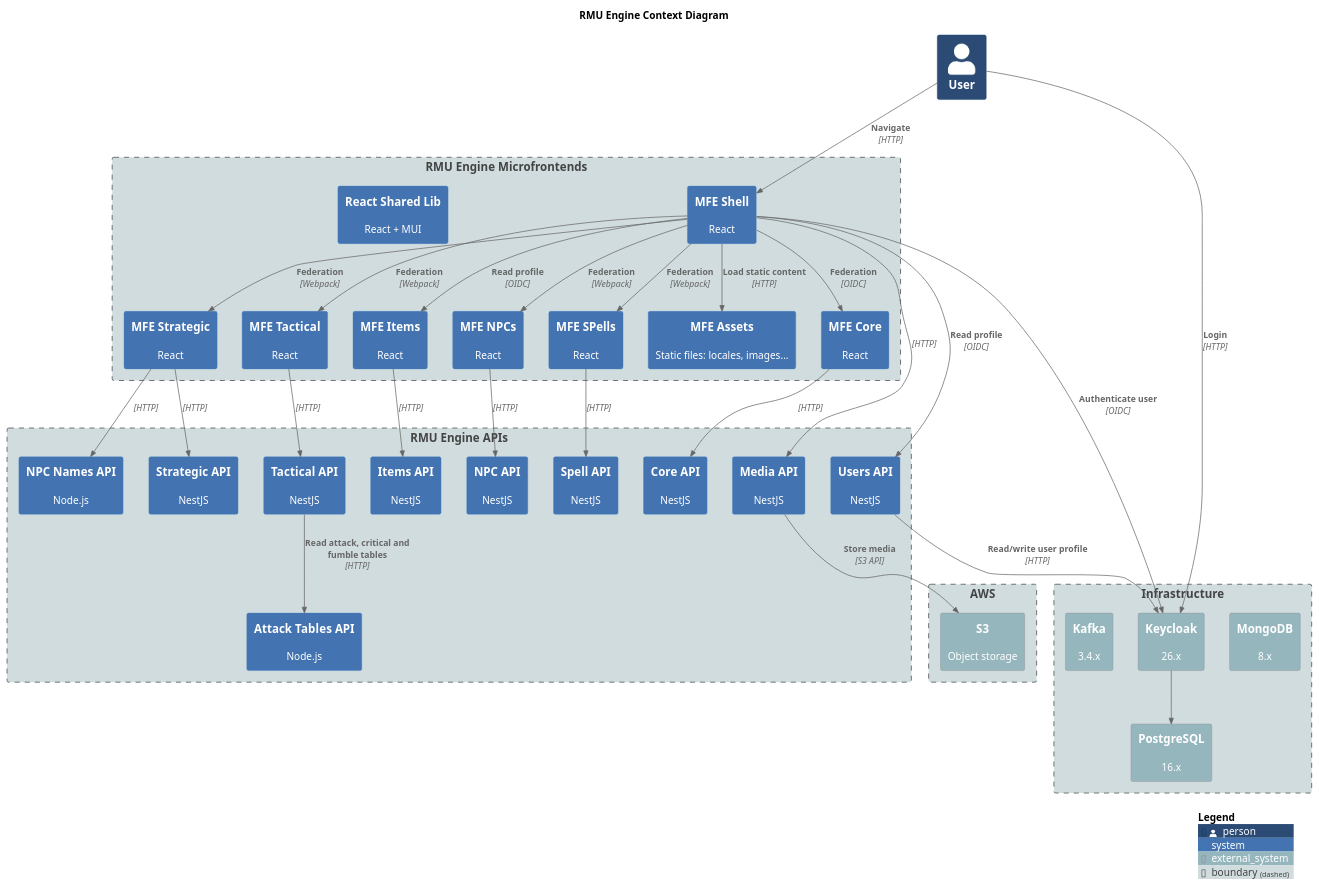
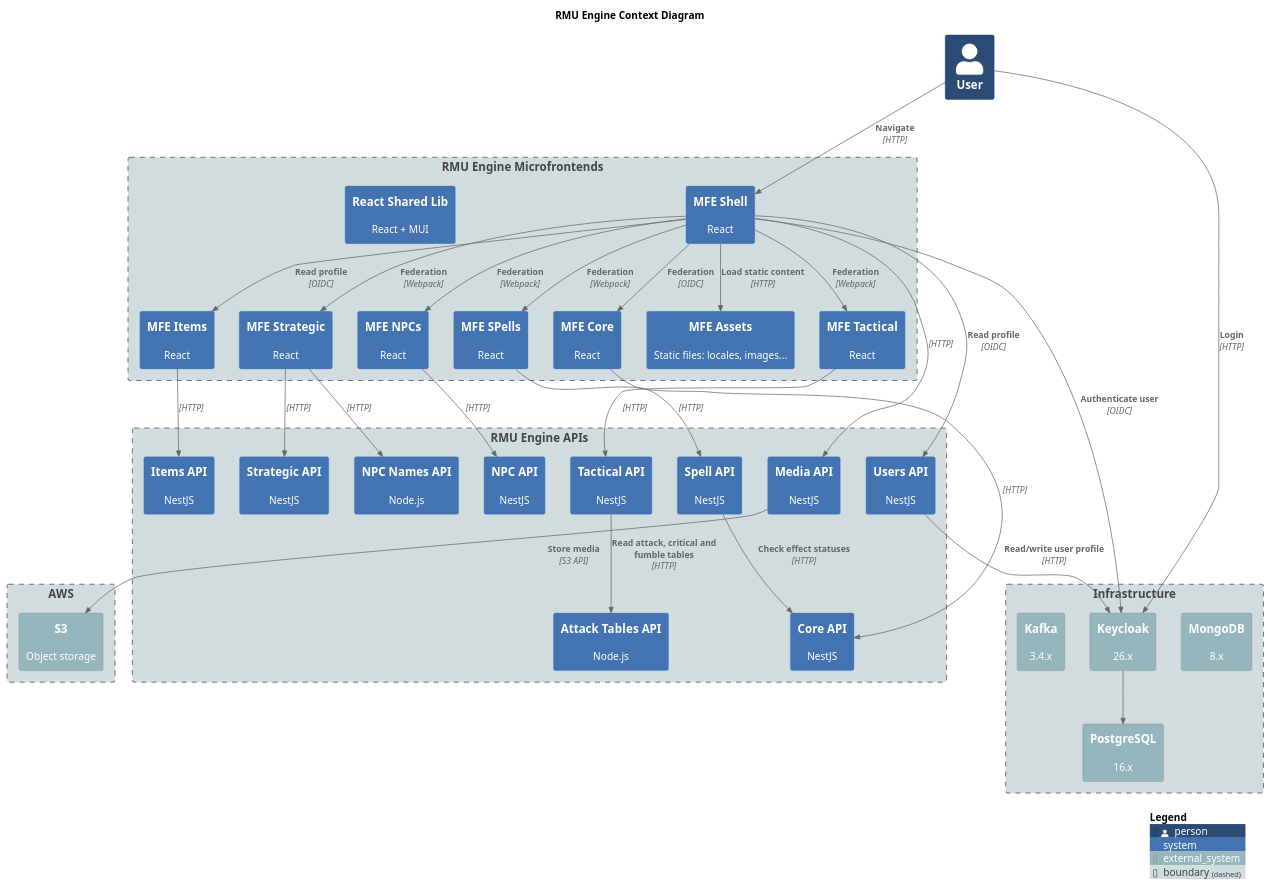
The diagram in docs/architecture/diagrams/c4-context.plantuml (labcabrera/rmu-platform), drawn with PlantUML before and after one commit. The commit also changed 1 other file, not shown here.

Commit message:
feat: give rmu-api-spells the core URI for the effect-types catalog
Spec 028: the spells API checks the statuses of the spell effects against
the effect-types catalog of core.

```diff
--- a/docs/architecture/diagrams/c4-context.plantuml
+++ b/docs/architecture/diagrams/c4-context.plantuml
@@ -1,91 +1,92 @@
 @startuml c4-context
 title RMU Engine Context Diagram
 
 !include https://raw.githubusercontent.com/plantuml-stdlib/C4-PlantUML/master/C4_Context.puml
 
 ' LAYOUT_LEFT_RIGHT()
 
 UpdateElementStyle(person, $bgColor="#2b4a74ff")
 UpdateElementStyle(system, $bgColor="#4373b1ff")
 UpdateElementStyle(external_system, $bgColor="#96b6beff")
 UpdateElementStyle(boundary, $bgColor="#d1dcdfff")
 
 Person(user, "User")
 
 Boundary(frontend, "RMU Engine Microfrontends") {
     System(rmu_mfe_shell, "MFE Shell", "React")
     System(rmu_mfe_core, "MFE Core", "React")
     System(rmu_mfe_strategic, "MFE Strategic", "React")
     System(rmu_mfe_tactical, "MFE Tactical", "React")
     System(rmu_mfe_items, "MFE Items", "React")
     System(rmu_mfe_npc, "MFE NPCs", "React")
     System(rmu_mfe_spells, "MFE SPells", "React")
     System(rmu_react_shared_lib, "React Shared Lib", "React + MUI")
     System(rmu_mfe_assets, "MFE Assets", "Static files: locales, images...")
 }
 
 Boundary(apis, "RMU Engine APIs") {
     System(rmu_api_users, "Users API", "NestJS")
     System(rmu_api_core, "Core API", "NestJS")
     System(rmu_api_strategic, "Strategic API", "NestJS")
     System(rmu_api_tactical, "Tactical API", "NestJS")
     System(rmu_api_npc, "NPC API", "NestJS")
     System(rmu_api_npc_names, "NPC Names API", "Node.js")
     System(rmu_api_spells, "Spell API", "NestJS")
     System(rmu_api_items, "Items API", "NestJS")
     System(rmu_api_attack_tables, "Attack Tables API", "Node.js")
     System(rmu_api_media, "Media API", "NestJS")
 }
 
 Boundary(infrastructure, "Infrastructure") {
     System_Ext(mongodb, "MongoDB", "8.x")
     System_Ext(keycloak, "Keycloak", "26.x")
     System_Ext(kafka, "Kafka", "3.4.x")
     System_Ext(postgresql, "PostgreSQL", "16.x")
 }
 
 Boundary(aws, "AWS") {
     System_Ext(s3, "S3", "Object storage")
 }
 
 Rel(user, rmu_mfe_shell, "Navigate", "HTTP")
 Rel(user, keycloak, "Login", "HTTP")
 
 Rel(rmu_mfe_shell, rmu_mfe_core, "Federation", "OIDC")
 Rel(rmu_mfe_shell, rmu_mfe_strategic, "Federation", "Webpack")
 Rel(rmu_mfe_shell, rmu_mfe_tactical, "Federation", "Webpack")
 Rel(rmu_mfe_shell, rmu_mfe_items, "Read profile", "OIDC")
 Rel(rmu_mfe_shell, rmu_mfe_npc, "Federation", "Webpack")
 Rel(rmu_mfe_shell, rmu_mfe_spells, "Federation", "Webpack")
 
 Rel(rmu_mfe_shell, rmu_api_users, "Read profile", "OIDC")
 Rel(rmu_mfe_shell, keycloak, "Authenticate user", "OIDC")
 Rel(rmu_mfe_shell, rmu_mfe_assets, "Load static content", "HTTP")
 Rel(rmu_mfe_shell, rmu_api_media, "", "HTTP")
 
 Rel(rmu_mfe_core, rmu_api_core, "", "HTTP")
 
 Rel(rmu_mfe_strategic, rmu_api_strategic, "", "HTTP")
 Rel(rmu_mfe_strategic, rmu_api_npc_names, "", "HTTP")
 
 Rel(rmu_mfe_tactical, rmu_api_tactical, "", "HTTP")
 
 Rel(rmu_api_users, keycloak, "Read/write user profile", "HTTP")
 
 Rel(rmu_mfe_npc, rmu_api_npc, "", "HTTP")
 
 Rel(rmu_mfe_items, rmu_api_items, "", "HTTP")
 
 Rel(rmu_mfe_spells, rmu_api_spells, "", "HTTP")
 
 Rel(rmu_api_tactical, rmu_api_attack_tables, "Read attack, critical and fumble tables", "HTTP")
+Rel(rmu_api_spells, rmu_api_core, "Check effect statuses", "HTTP")
 
 ' Attack API: no longer called by tactical since the combat plugin refactor (workspace spec 003).
 
 Rel(keycloak, postgresql, "", "")
 
 Rel(rmu_api_media, s3, "Store media", "S3 API")
 
 SHOW_LEGEND()
 
 @enduml
```
